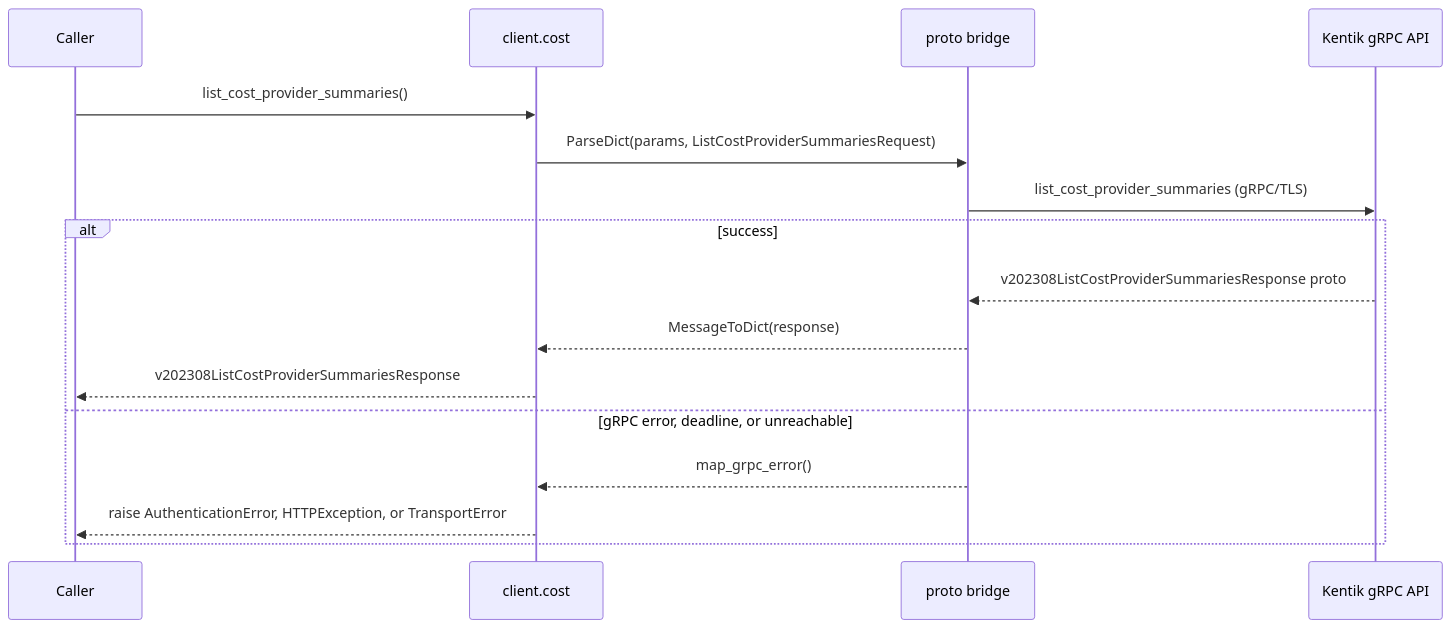
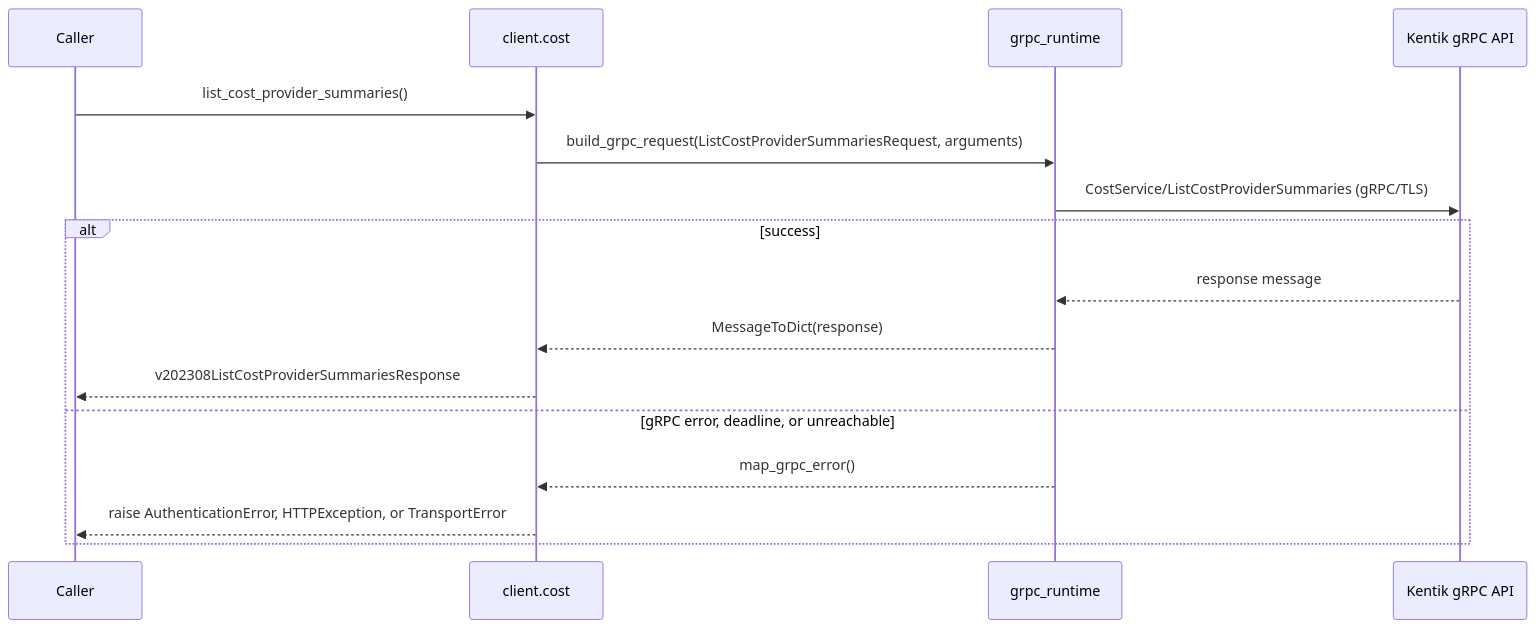
One commit to alexdearaujo/community_sdk_python changed the fifth of 8 diagrams in docs/sphinx/services/cost.md. Above: the diagram before and after it, drawn with Mermaid. The commit also changed other lines of this file and 37 other files, not shown here.

First line of the commit message:
docs: show the real RPC in each service page's gRPC diagram

````diff
--- a/docs/sphinx/services/cost.md
+++ b/docs/sphinx/services/cost.md
@@ -127,19 +127,19 @@
 ```mermaid
 sequenceDiagram
     participant C as Caller
     participant W as client.cost
-    participant B as proto bridge
+    participant R as grpc_runtime
     participant API as Kentik gRPC API
 
     C->>W: list_cost_provider_summaries()
-    W->>B: ParseDict(params, ListCostProviderSummariesRequest)
-    B->>API: list_cost_provider_summaries (gRPC/TLS)
+    W->>R: build_grpc_request(ListCostProviderSummariesRequest, arguments)
+    R->>API: CostService/ListCostProviderSummaries (gRPC/TLS)
     alt success
-        API-->>B: v202308ListCostProviderSummariesResponse proto
-        B-->>W: MessageToDict(response)
+        API-->>R: response message
+        R-->>W: MessageToDict(response)
         W-->>C: v202308ListCostProviderSummariesResponse
     else gRPC error, deadline, or unreachable
-        B-->>W: map_grpc_error()
+        R-->>W: map_grpc_error()
         W-->>C: raise AuthenticationError, HTTPException, or TransportError
     end
 ```
````
